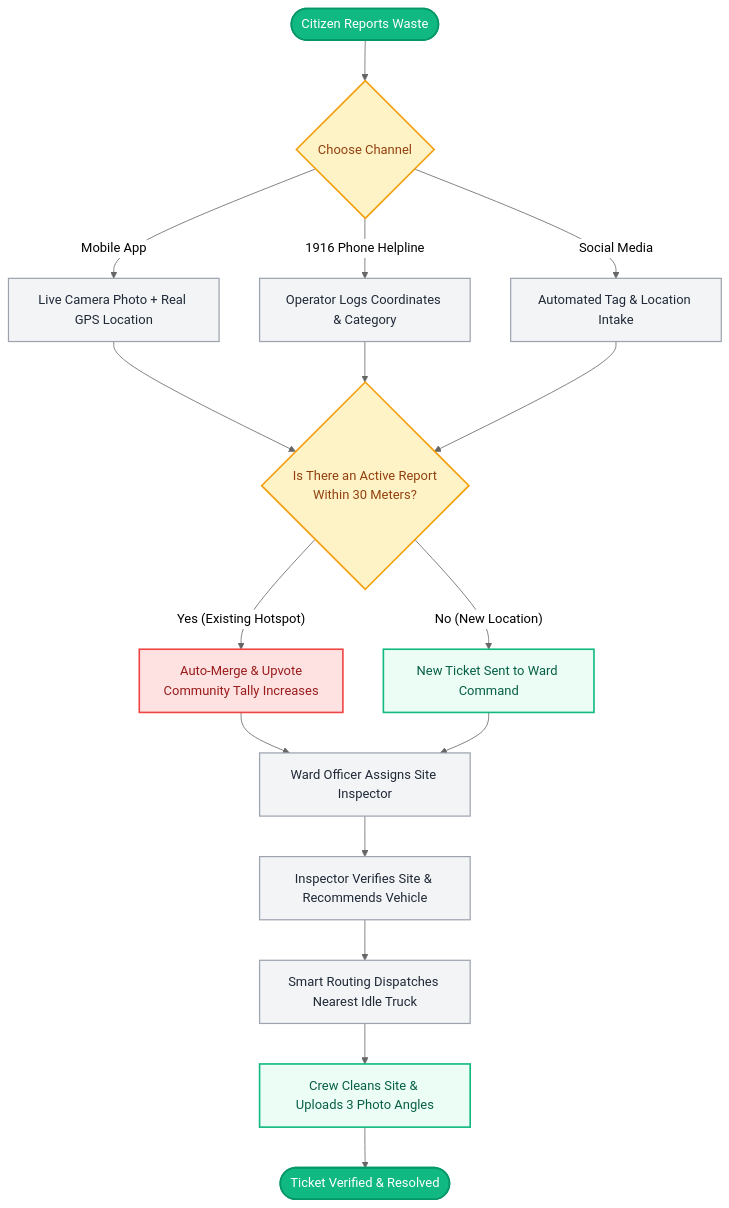
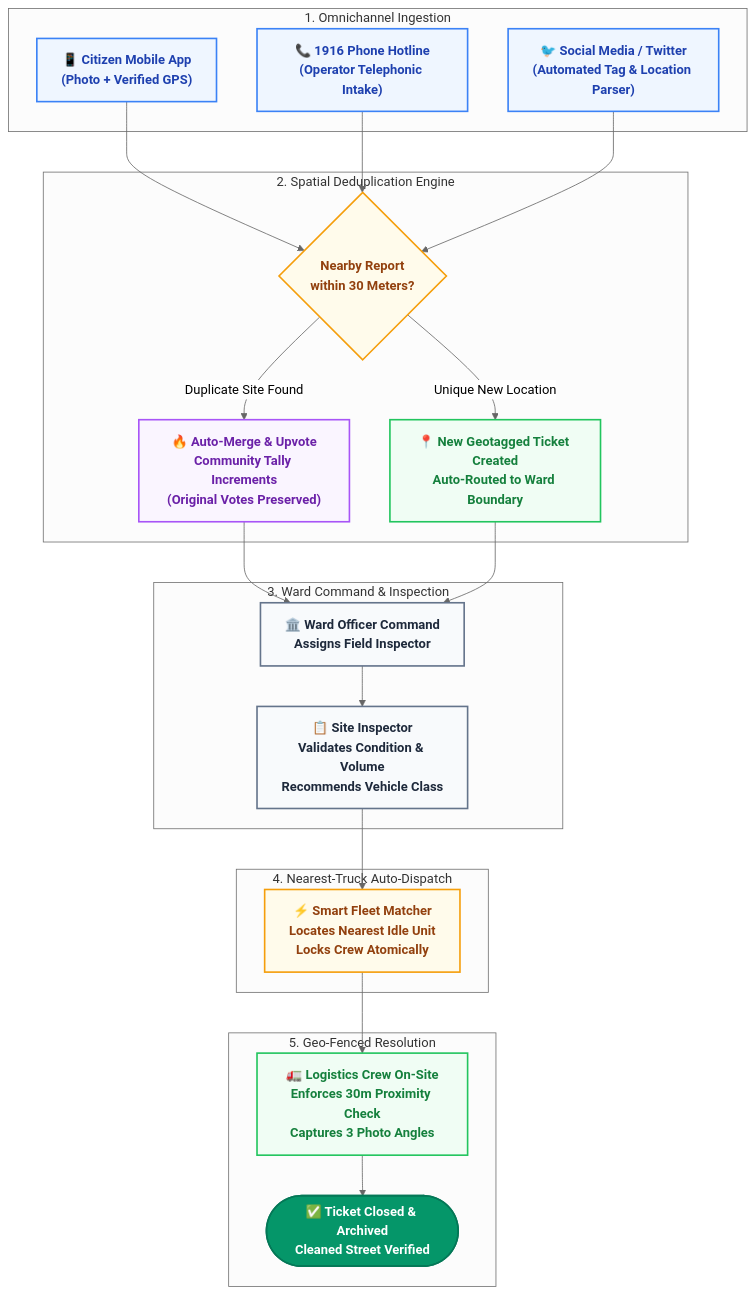
Before and after one commit to Parth-Chavan-15/SpotFix: the first of 5 diagrams in README.md, drawn with Mermaid (neutral theme). The commit also changed other lines of this file, not shown here.

Commit message:
style: center hero branding, vertically align preview screenshots with individual captions, polish markdown tables, and enhance workflow diagrams

````diff
--- a/README.md
+++ b/README.md
@@ -138,27 +127,47 @@
 ```mermaid
 flowchart TD
-    classDef startEnd fill:#10B981,stroke:#059669,stroke-width:2px,color:#fff;
-    classDef step fill:#F3F4F6,stroke:#9CA3AF,stroke-width:1.5px,color:#1F2937;
-    classDef decision fill:#FEF3C7,stroke:#F59E0B,stroke-width:2px,color:#92400E;
-    classDef alert fill:#FEE2E2,stroke:#EF4444,stroke-width:2px,color:#991B1B;
-    classDef success fill:#ECFDF5,stroke:#10B981,stroke-width:2px,color:#065F46;
+    subgraph INTAKE["1. Omnichannel Ingestion"]
+        A["📱 Citizen Mobile App\n(Photo + Verified GPS)"]:::blueNode
+        B["📞 1916 Phone Hotline\n(Operator Telephonic Intake)"]:::blueNode
+        C["🐦 Social Media / Twitter\n(Automated Tag & Location Parser)"]:::blueNode
+    end
 
-    START(["Citizen Reports Waste"]):::startEnd --> INTAKE{"Choose Channel"}:::decision
-    INTAKE -->|"Mobile App"| CAM["Live Camera Photo + Real GPS Location"]:::step
-    INTAKE -->|"1916 Phone Helpline"| OPERATOR["Operator Logs Coordinates & Category"]:::step
-    INTAKE -->|"Social Media"| SOCIAL["Automated Tag & Location Intake"]:::step
+    subgraph DEDUPE["2. Spatial Deduplication Engine"]
+        D{"Nearby Report\nwithin 30 Meters?"}:::amberNode
+        E["🔥 Auto-Merge & Upvote\nCommunity Tally Increments\n(Original Votes Preserved)"]:::purpleNode
+        F["📍 New Geotagged Ticket Created\nAuto-Routed to Ward Boundary"]:::greenNode
+    end
 
-    CAM --> RADIUS{"Is There an Active Report\nWithin 30 Meters?"}:::decision
-    OPERATOR --> RADIUS
-    SOCIAL --> RADIUS
+    subgraph TRIAGE["3. Ward Command & Inspection"]
+        G["🏛️ Ward Officer Command\nAssigns Field Inspector"]:::slateNode
+        H["📋 Site Inspector\nValidates Condition & Volume\nRecommends Vehicle Class"]:::slateNode
+    end
 
-    RADIUS -->|"Yes (Existing Hotspot)"| MERGE["Auto-Merge & Upvote\nCommunity Tally Increases"]:::alert
-    RADIUS -->|"No (New Location)"| NEW_TICKET["New Ticket Sent to Ward Command"]:::success
+    subgraph DISPATCH["4. Nearest-Truck Auto-Dispatch"]
+        I["⚡ Smart Fleet Matcher\nLocates Nearest Idle Unit\nLocks Crew Atomically"]:::amberNode
+    end
 
-    MERGE --> DISPATCH
-    NEW_TICKET --> DISPATCH["Ward Officer Assigns Site Inspector"]:::step
-    DISPATCH --> INSPECT["Inspector Verifies Site & Recommends Vehicle"]:::step
-    INSPECT --> AUTO_TRUCK["Smart Routing Dispatches Nearest Idle Truck"]:::step
-    AUTO_TRUCK --> RESOLVE["Crew Cleans Site & Uploads 3 Photo Angles"]:::success
-    RESOLVE --> CLOSE(["Ticket Verified & Resolved"]):::startEnd
+    subgraph RESOLUTION["5. Geo-Fenced Resolution"]
+        J["🚛 Logistics Crew On-Site\nEnforces 30m Proximity Check\nCaptures 3 Photo Angles"]:::greenNode
+        K(["✅ Ticket Closed & Archived\nCleaned Street Verified"]):::emeraldNode
+    end
+
+    A --> D
+    B --> D
+    C --> D
+    D -->|"Duplicate Site Found"| E
+    D -->|"Unique New Location"| F
+    E --> G
+    F --> G
+    G --> H
+    H --> I
+    I --> J
+    J --> K
+
+    classDef blueNode fill:#eff6ff,stroke:#3b82f6,stroke-width:2px,color:#1e40af,font-weight:bold;
+    classDef amberNode fill:#fffbeb,stroke:#f59e0b,stroke-width:2px,color:#92400e,font-weight:bold;
+    classDef purpleNode fill:#faf5ff,stroke:#a855f7,stroke-width:2px,color:#6b21a8,font-weight:bold;
+    classDef greenNode fill:#f0fdf4,stroke:#22c55e,stroke-width:2px,color:#15803d,font-weight:bold;
+    classDef slateNode fill:#f8fafc,stroke:#64748b,stroke-width:2px,color:#1e293b,font-weight:bold;
+    classDef emeraldNode fill:#059669,stroke:#047857,stroke-width:2px,color:#ffffff,font-weight:bold;
 ```
````
